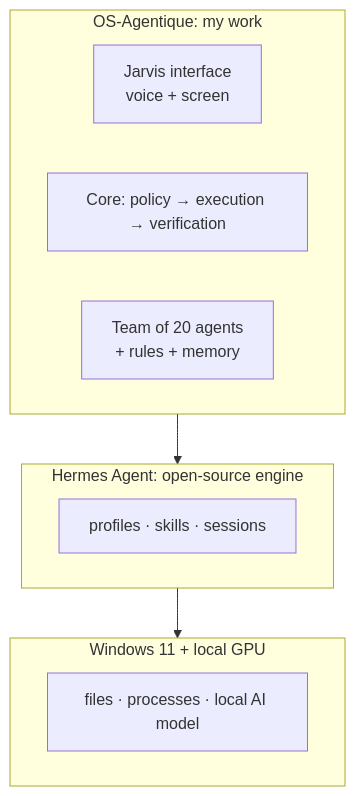
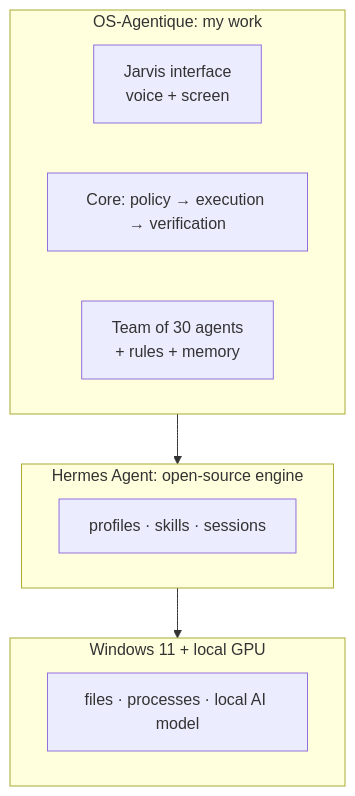
Before and after one commit to Dow08/OS-Agentique_showcase: the second of 3 diagrams in docs/en/design.md, drawn with Mermaid. The commit also changed other lines of this file and 7 other files, not shown here.

````diff
--- a/docs/en/design.md
+++ b/docs/en/design.md
@@ -35,16 +35,16 @@
 ```mermaid
 flowchart TB
     subgraph L3["OS-Agentique: my work"]
         direction LR
         U["Jarvis interface<br/>voice + screen"]
         CORE["Core: policy → execution → verification"]
-        TEAM["Team of 20 agents<br/>+ rules + memory"]
+        TEAM["Team of 30 agents<br/>+ rules + memory"]
     end
     subgraph L2["Hermes Agent: open-source engine"]
         E["profiles · skills · sessions"]
     end
     subgraph L1["Windows 11 + local GPU"]
         W["files · processes · local AI model"]
     end
     L3 --> L2 --> L1
 ```
````
